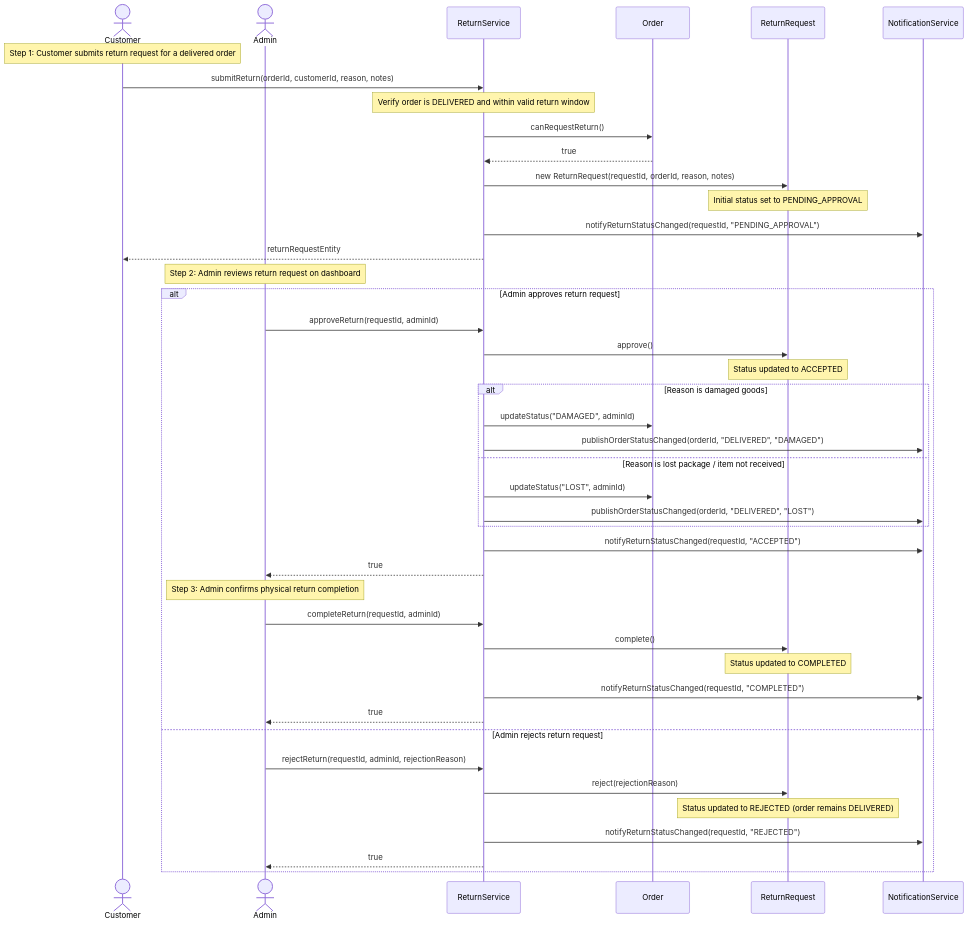
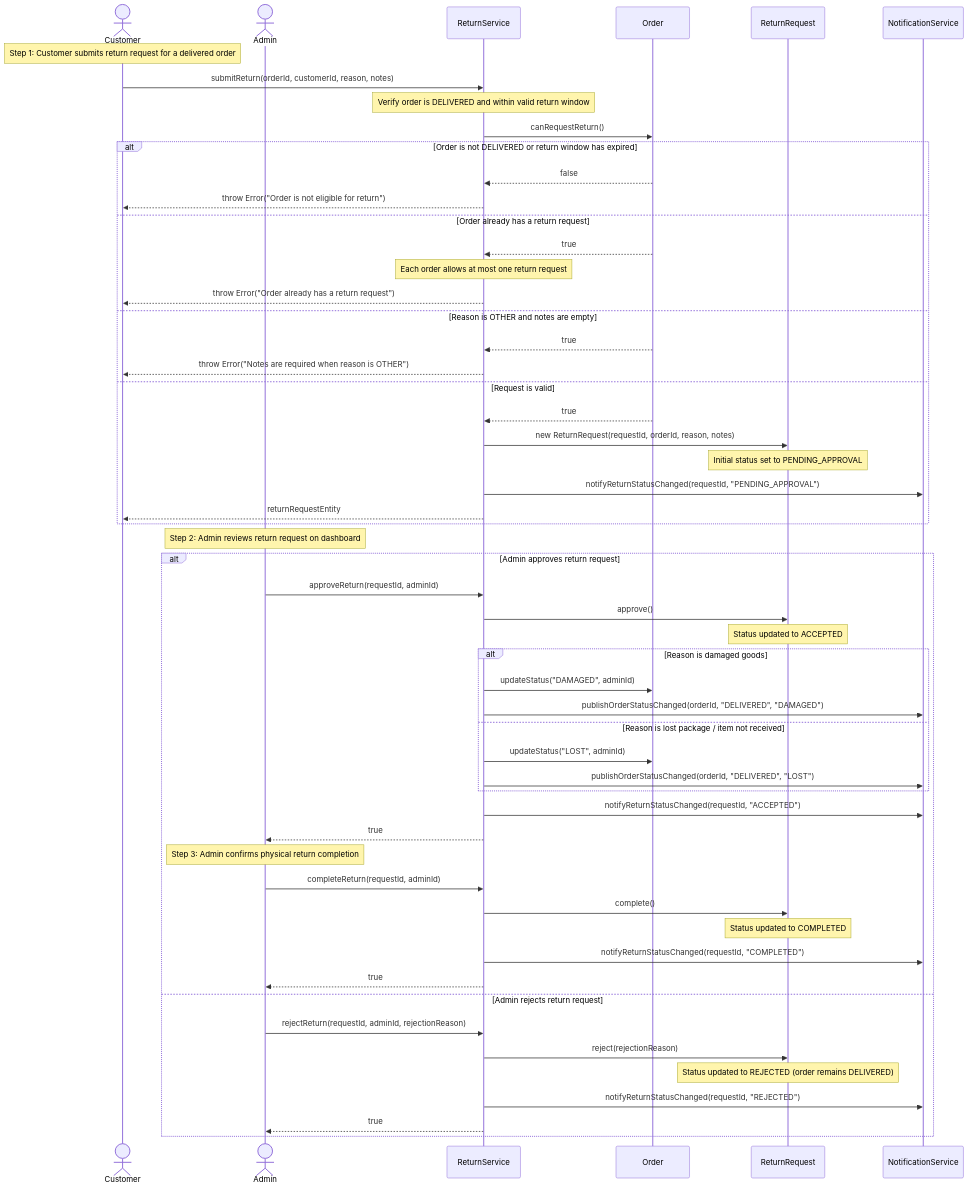
The diagram in diagrams/seq-return-order.mmd (MinhNhat-hub/GiaoHangThuongMaiDienTu), drawn with Mermaid before and after one commit. The commit also changed 3 other files, not shown here.

```diff
--- a/diagrams/seq-return-order.mmd
+++ b/diagrams/seq-return-order.mmd
@@ -1,52 +1,64 @@
 sequenceDiagram
   actor Customer
   actor Admin
   participant ReturnService
   participant Order
   participant ReturnRequest
   participant NotificationService
 
   Note over Customer: Step 1: Customer submits return request for a delivered order
 
   Customer->>ReturnService: submitReturn(orderId, customerId, reason, notes)
   Note over ReturnService: Verify order is DELIVERED and within valid return window
   ReturnService->>Order: canRequestReturn()
-  Order-->>ReturnService: true
 
-  ReturnService->>ReturnRequest: new ReturnRequest(requestId, orderId, reason, notes)
-  Note over ReturnRequest: Initial status set to PENDING_APPROVAL
-  ReturnService->>NotificationService: notifyReturnStatusChanged(requestId, "PENDING_APPROVAL")
-  ReturnService-->>Customer: returnRequestEntity
+  alt Order is not DELIVERED or return window has expired
+    Order-->>ReturnService: false
+    ReturnService-->>Customer: throw Error("Order is not eligible for return")
+  else Order already has a return request
+    Order-->>ReturnService: true
+    Note over ReturnService: Each order allows at most one return request
+    ReturnService-->>Customer: throw Error("Order already has a return request")
+  else Reason is OTHER and notes are empty
+    Order-->>ReturnService: true
+    ReturnService-->>Customer: throw Error("Notes are required when reason is OTHER")
+  else Request is valid
+    Order-->>ReturnService: true
+    ReturnService->>ReturnRequest: new ReturnRequest(requestId, orderId, reason, notes)
+    Note over ReturnRequest: Initial status set to PENDING_APPROVAL
+    ReturnService->>NotificationService: notifyReturnStatusChanged(requestId, "PENDING_APPROVAL")
+    ReturnService-->>Customer: returnRequestEntity
+  end
 
   Note over Admin: Step 2: Admin reviews return request on dashboard
 
   alt Admin approves return request
     Admin->>ReturnService: approveReturn(requestId, adminId)
     ReturnService->>ReturnRequest: approve()
     Note over ReturnRequest: Status updated to ACCEPTED
 
     alt Reason is damaged goods
       ReturnService->>Order: updateStatus("DAMAGED", adminId)
       ReturnService->>NotificationService: publishOrderStatusChanged(orderId, "DELIVERED", "DAMAGED")
     else Reason is lost package / item not received
       ReturnService->>Order: updateStatus("LOST", adminId)
       ReturnService->>NotificationService: publishOrderStatusChanged(orderId, "DELIVERED", "LOST")
     end
 
     ReturnService->>NotificationService: notifyReturnStatusChanged(requestId, "ACCEPTED")
     ReturnService-->>Admin: true
 
     Note over Admin: Step 3: Admin confirms physical return completion
     Admin->>ReturnService: completeReturn(requestId, adminId)
     ReturnService->>ReturnRequest: complete()
     Note over ReturnRequest: Status updated to COMPLETED
     ReturnService->>NotificationService: notifyReturnStatusChanged(requestId, "COMPLETED")
     ReturnService-->>Admin: true
 
   else Admin rejects return request
     Admin->>ReturnService: rejectReturn(requestId, adminId, rejectionReason)
     ReturnService->>ReturnRequest: reject(rejectionReason)
     Note over ReturnRequest: Status updated to REJECTED (order remains DELIVERED)
     ReturnService->>NotificationService: notifyReturnStatusChanged(requestId, "REJECTED")
     ReturnService-->>Admin: true
   end
```
